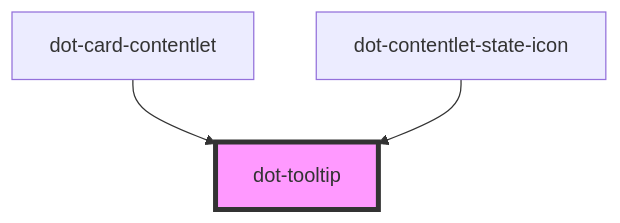
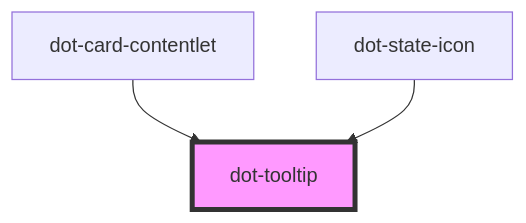
One commit to dotCMS/dotcms-webcomponents changed the diagram in src/elements/dot-tooltip/readme.md. Above: the diagram before and after it, drawn with Mermaid. The commit also changed other lines of this file and 19 other files, not shown here.

````diff
--- a/src/elements/dot-tooltip/readme.md
+++ b/src/elements/dot-tooltip/readme.md
@@ -26,6 +26,6 @@
 ```mermaid
 graph TD;
   dot-card-contentlet --> dot-tooltip
-  dot-contentlet-state-icon --> dot-tooltip
+  dot-state-icon --> dot-tooltip
   style dot-tooltip fill:#f9f,stroke:#333,stroke-width:4px
 ```
````
